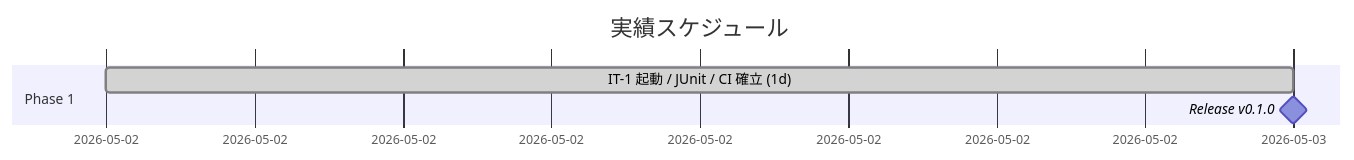
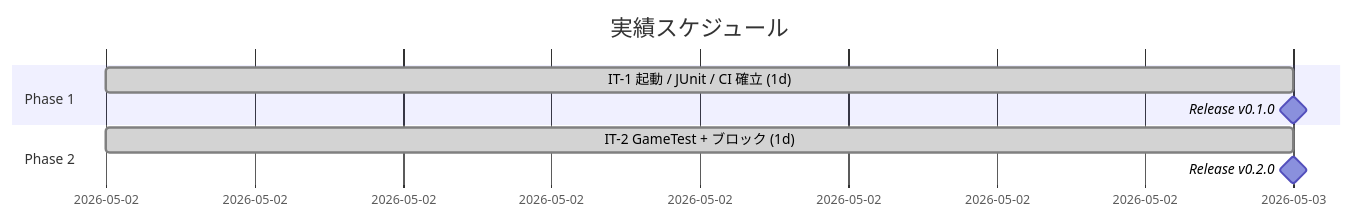
The second of 3 diagrams in docs/development/release_plan.md (k2works/ai-programing-exercise), drawn with Mermaid before and after one commit. The commit also changed other lines of this file and 3 other files, not shown here.

````diff
--- a/docs/development/release_plan.md
+++ b/docs/development/release_plan.md
@@ -153,8 +163,11 @@
 ```mermaid
 gantt
     title 実績スケジュール
     dateFormat  YYYY-MM-DD
     section Phase 1
     IT-1 起動 / JUnit / CI 確立 (1d) :done, p1, 2026-05-02, 1d
     Release v0.1.0                  :milestone, m1, after p1, 0d
+    section Phase 2
+    IT-2 GameTest + ブロック (1d)    :done, p2, 2026-05-02, 1d
+    Release v0.2.0                  :milestone, m2, after p2, 0d
 ```
````
